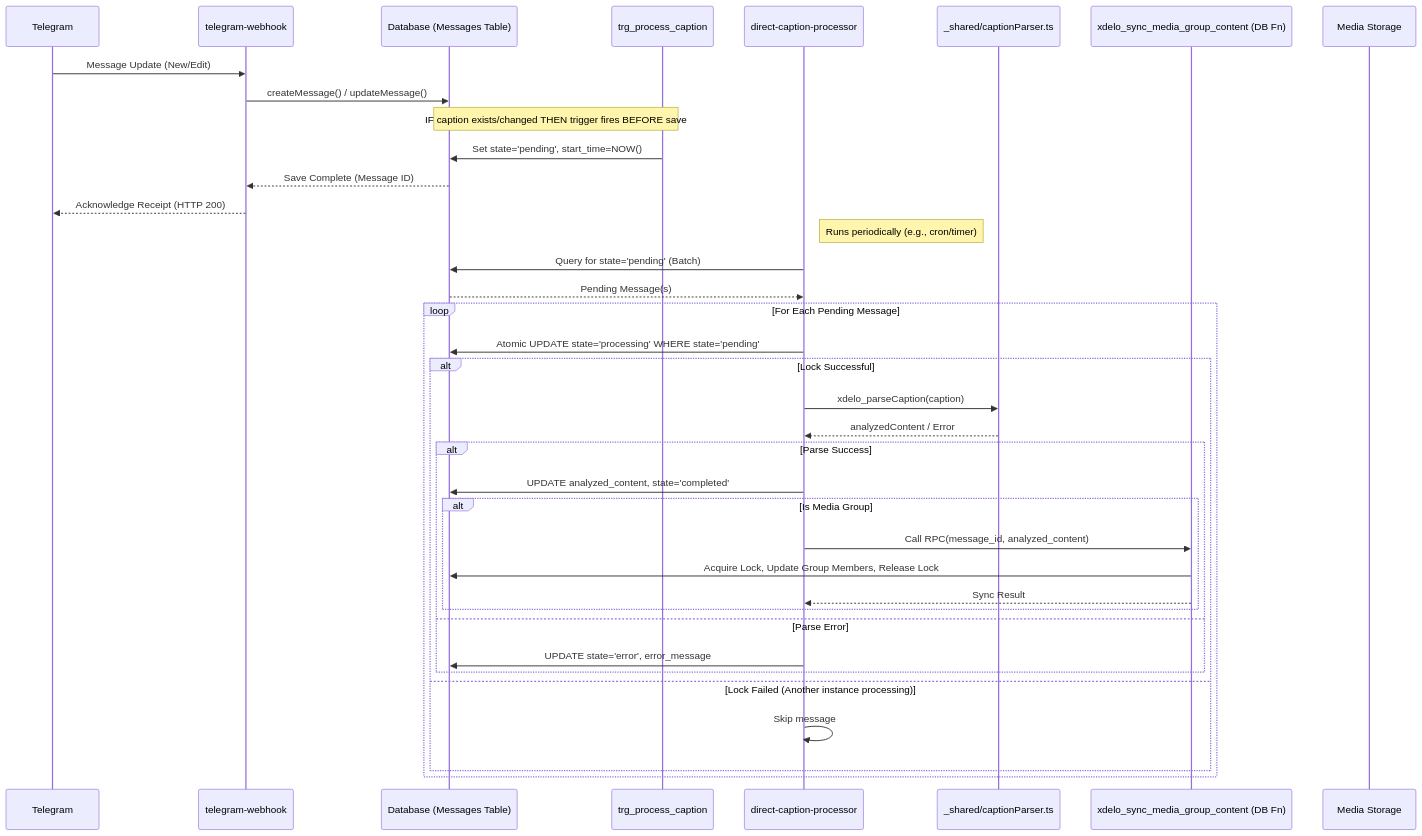
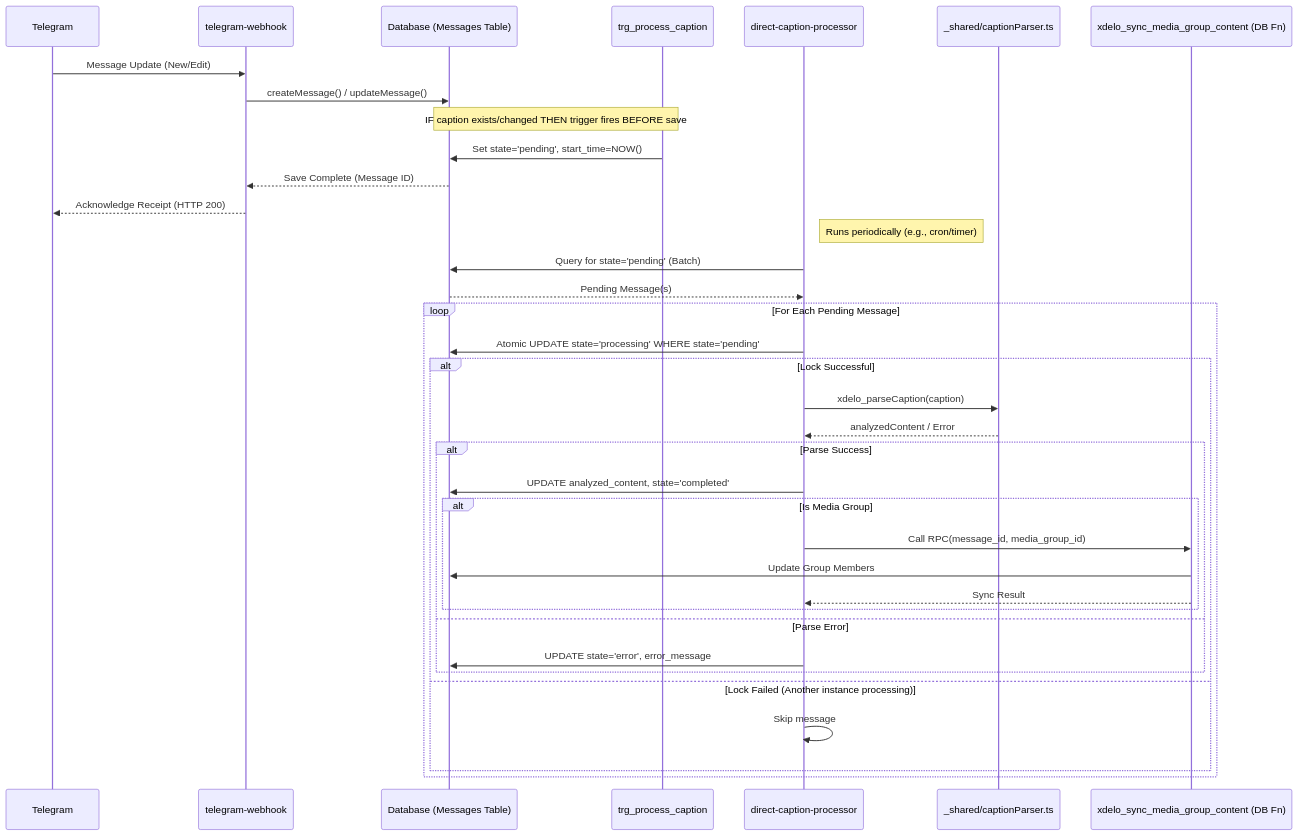
Before and after one commit to cmtkdot/xdelo-app: the first of 2 diagrams in docs/telegram-webhook-flow.md, drawn with Mermaid. The commit also changed other lines of this file and 7 other files, not shown here.

First line of the commit message:
Refactor: Implement caption processing flow

````diff
--- a/docs/telegram-webhook-flow.md
+++ b/docs/telegram-webhook-flow.md
@@ -75,41 +62,40 @@
 ```mermaid
 sequenceDiagram
     participant T as Telegram
     participant W as telegram-webhook
     participant DB as Database (Messages Table)
     participant TRG as trg_process_caption
     participant EF as direct-caption-processor
     participant P as _shared/captionParser.ts
     participant SYNC as xdelo_sync_media_group_content (DB Fn)
-    participant S as Media Storage
 
     T->>W: Message Update (New/Edit)
     W->>DB: createMessage() / updateMessage()
     Note over DB,TRG: IF caption exists/changed THEN trigger fires BEFORE save
     TRG->>DB: Set state='pending', start_time=NOW()
     DB-->>W: Save Complete (Message ID)
     W-->>T: Acknowledge Receipt (HTTP 200)
 
     Note right of EF: Runs periodically (e.g., cron/timer)
     EF->>DB: Query for state='pending' (Batch)
     DB-->>EF: Pending Message(s)
     loop For Each Pending Message
         EF->>DB: Atomic UPDATE state='processing' WHERE state='pending'
         alt Lock Successful
             EF->>P: xdelo_parseCaption(caption)
             P-->>EF: analyzedContent / Error
             alt Parse Success
                 EF->>DB: UPDATE analyzed_content, state='completed'
                 alt Is Media Group
-                    EF->>SYNC: Call RPC(message_id, analyzed_content)
-                    SYNC->>DB: Acquire Lock, Update Group Members, Release Lock
+                    EF->>SYNC: Call RPC(message_id, media_group_id)
+                    SYNC->>DB: Update Group Members
                     SYNC-->>EF: Sync Result
                 end
             else Parse Error
                 EF->>DB: UPDATE state='error', error_message
             end
         else Lock Failed (Another instance processing)
             EF->>EF: Skip message
         end
     end
 ```
````
